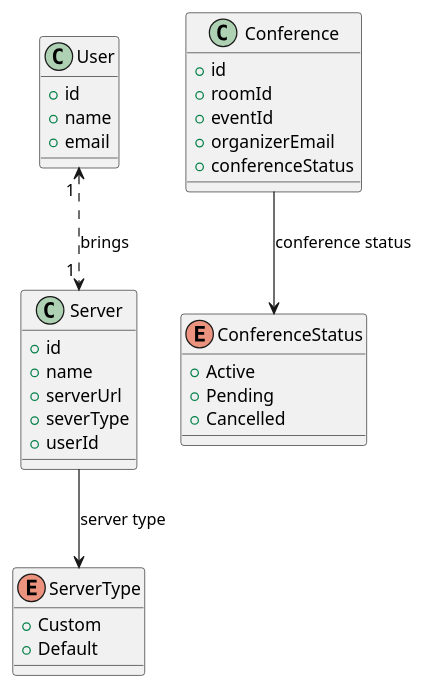
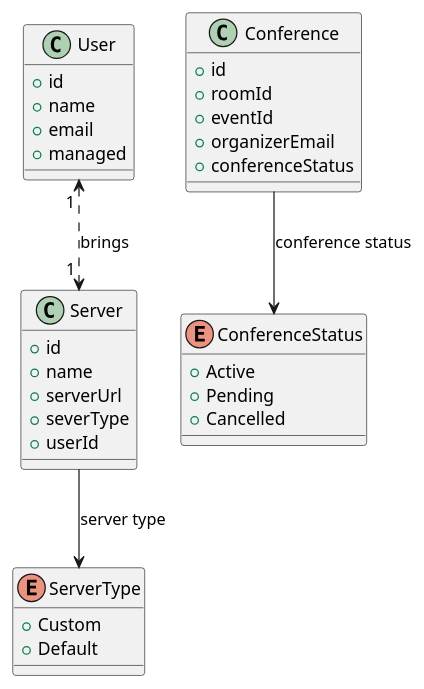
Before and after one commit to teenthofabud/jitsi-videoconference-moderator: the diagram in docs/er_conference_plantUML.puml, drawn with PlantUML. The commit also changed 18 other files, not shown here.

```diff
--- a/docs/er_conference_plantUML.puml
+++ b/docs/er_conference_plantUML.puml
@@ -1,45 +1,46 @@
     @startuml
 
     class User {
       +id
       +name
       +email
+      +managed
     }
 
     class Server {
       +id
       +name
       +serverUrl
       +severType
       +userId
     }
 
     class Conference {
       +id
       +roomId
       +eventId
       +organizerEmail
       +conferenceStatus
 
     }
 
     enum ServerType{
      +Custom
      +Default
     }
 
     enum ConferenceStatus{
      +Active
      +Pending
      +Cancelled
     }
 
     Server --> ServerType : server type
 
 
 
     User "1 " <..> "1 " Server : brings
 
     Conference --> ConferenceStatus : conference status
 
     @enduml
```
